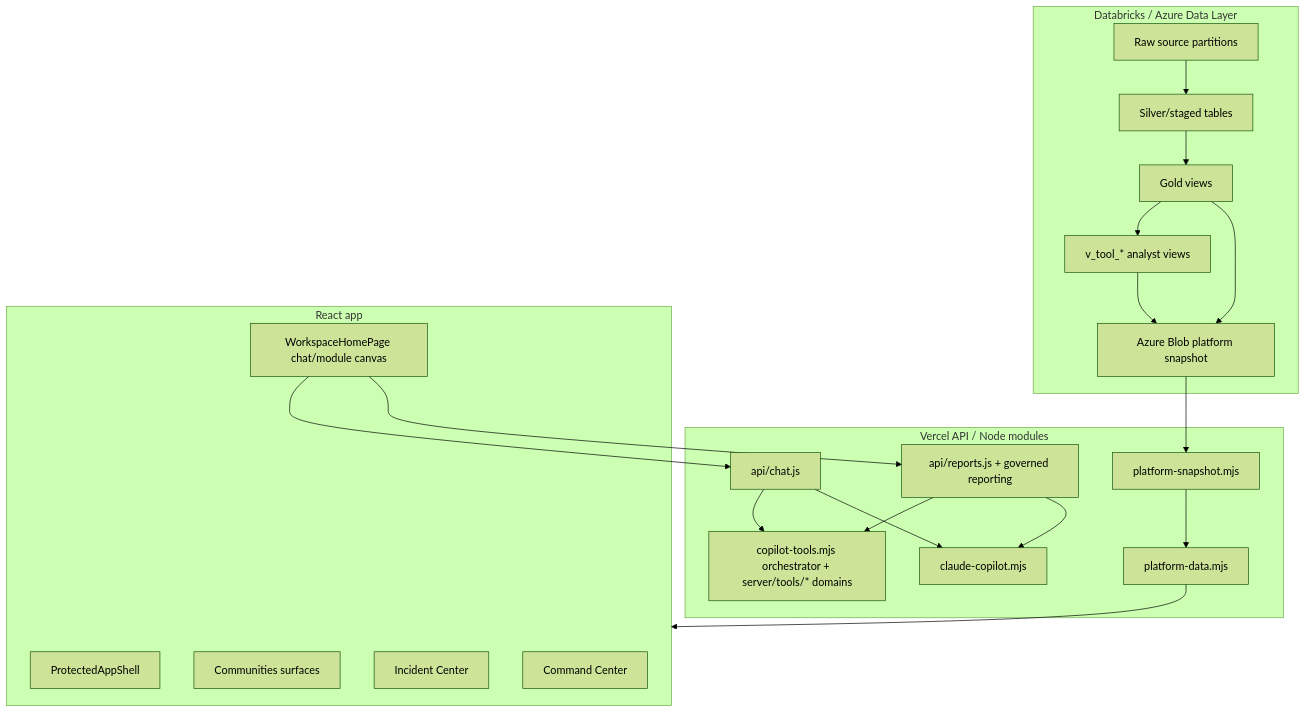
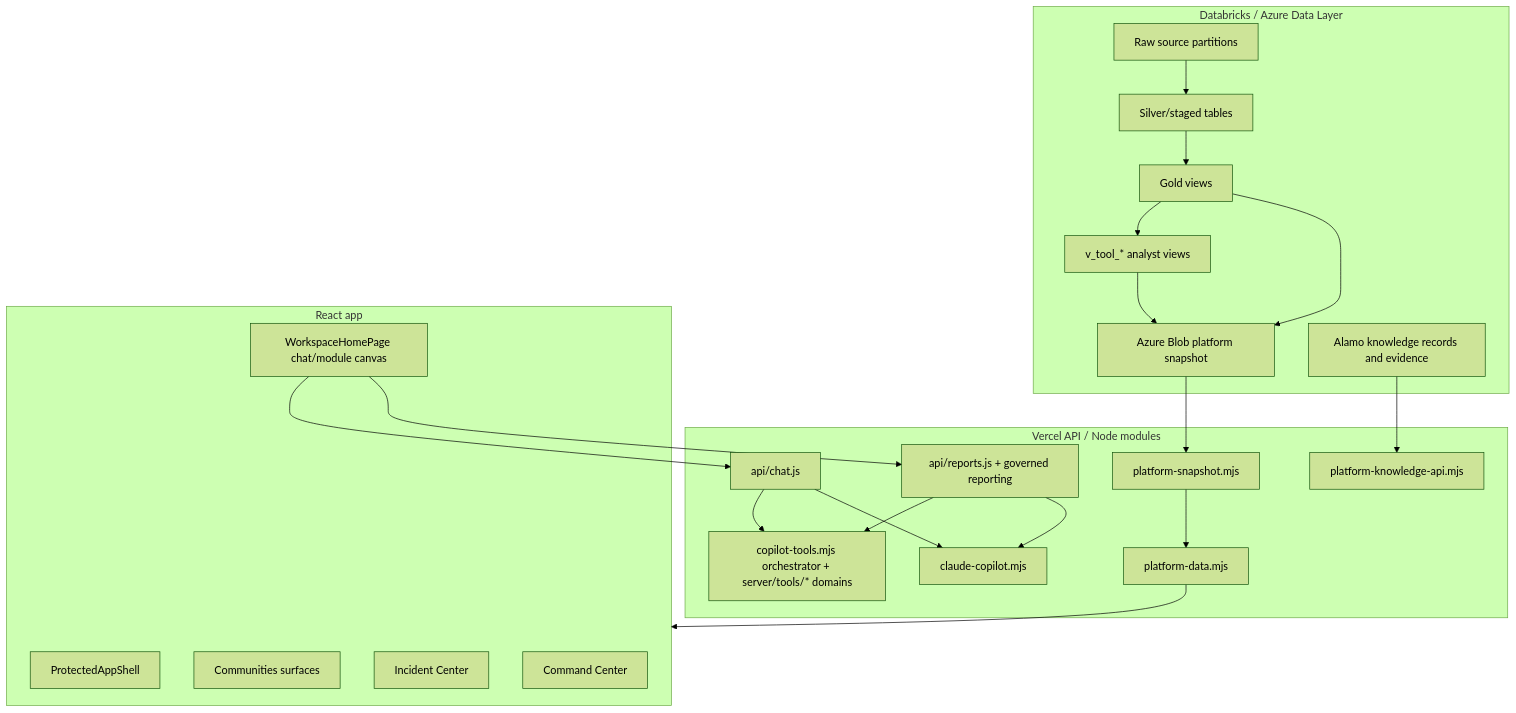
Before and after one commit to 3wilsoneric/alamo-platform-app: the diagram in docs/platform/architecture.md, drawn with Mermaid (forest theme). The commit also changed other lines of this file and 183 other files, not shown here.

````diff
--- a/docs/platform/architecture.md
+++ b/docs/platform/architecture.md
@@ -25,38 +25,41 @@
 ```mermaid
 flowchart TD
     subgraph Data["Databricks / Azure Data Layer"]
       Raw["Raw source partitions"]
       Silver["Silver/staged tables"]
       Gold["Gold views"]
       ToolContext["v_tool_* analyst views"]
       Blob["Azure Blob platform snapshot"]
+      Knowledge["Alamo knowledge records and evidence"]
     end
 
     subgraph Server["Vercel API / Node modules"]
       Snapshot["platform-snapshot.mjs"]
       PlatformData["platform-data.mjs"]
       ChatApi["api/chat.js"]
       Tools["copilot-tools.mjs orchestrator + server/tools/* domains"]
       Claude["claude-copilot.mjs"]
       Reports["api/reports.js + governed reporting"]
+      KnowledgeApi["platform-knowledge-api.mjs"]
     end
 
     subgraph Client["React app"]
       Shell["ProtectedAppShell"]
       Home["WorkspaceHomePage chat/module canvas"]
       Communities["Communities surfaces"]
       Incidents["Incident Center"]
       Command["Command Center"]
     end
 
     Raw --> Silver --> Gold --> ToolContext
     Gold --> Blob
     ToolContext --> Blob
+    Knowledge --> KnowledgeApi
     Blob --> Snapshot --> PlatformData
     PlatformData --> Client
     Home --> ChatApi --> Tools
     ChatApi --> Claude
     Home --> Reports
     Reports --> Tools
     Reports --> Claude
 ```
````
